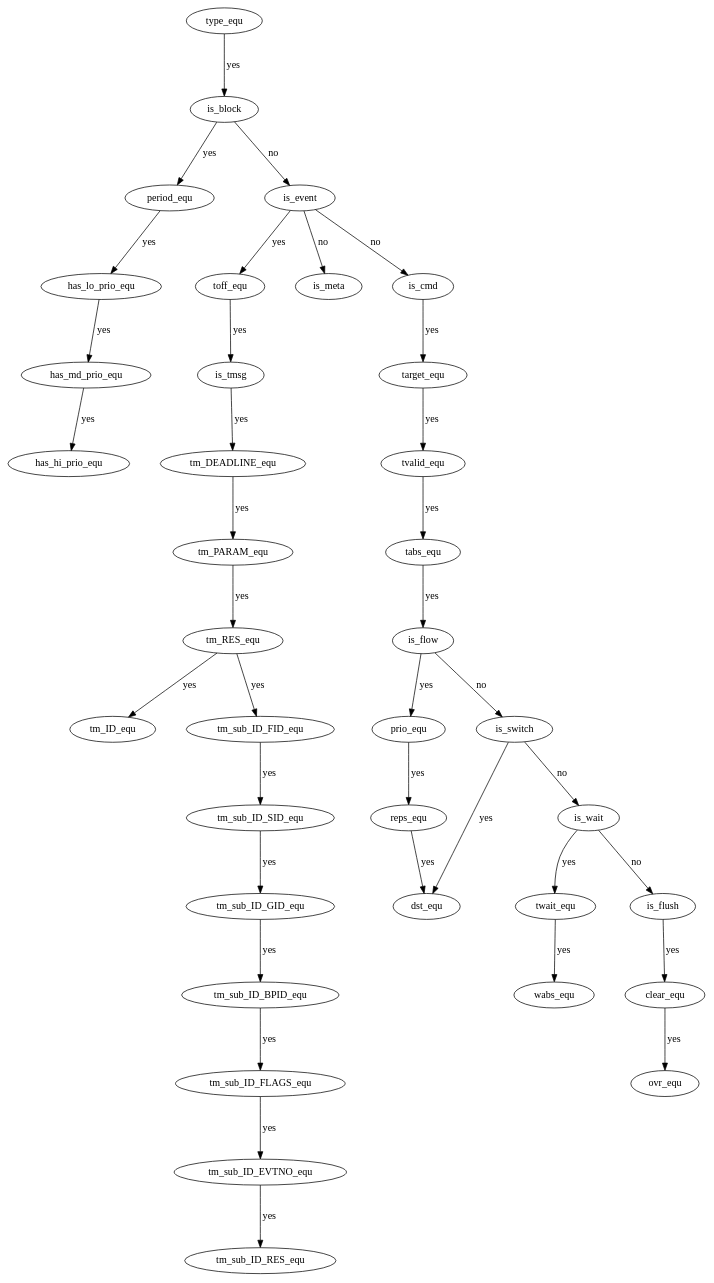
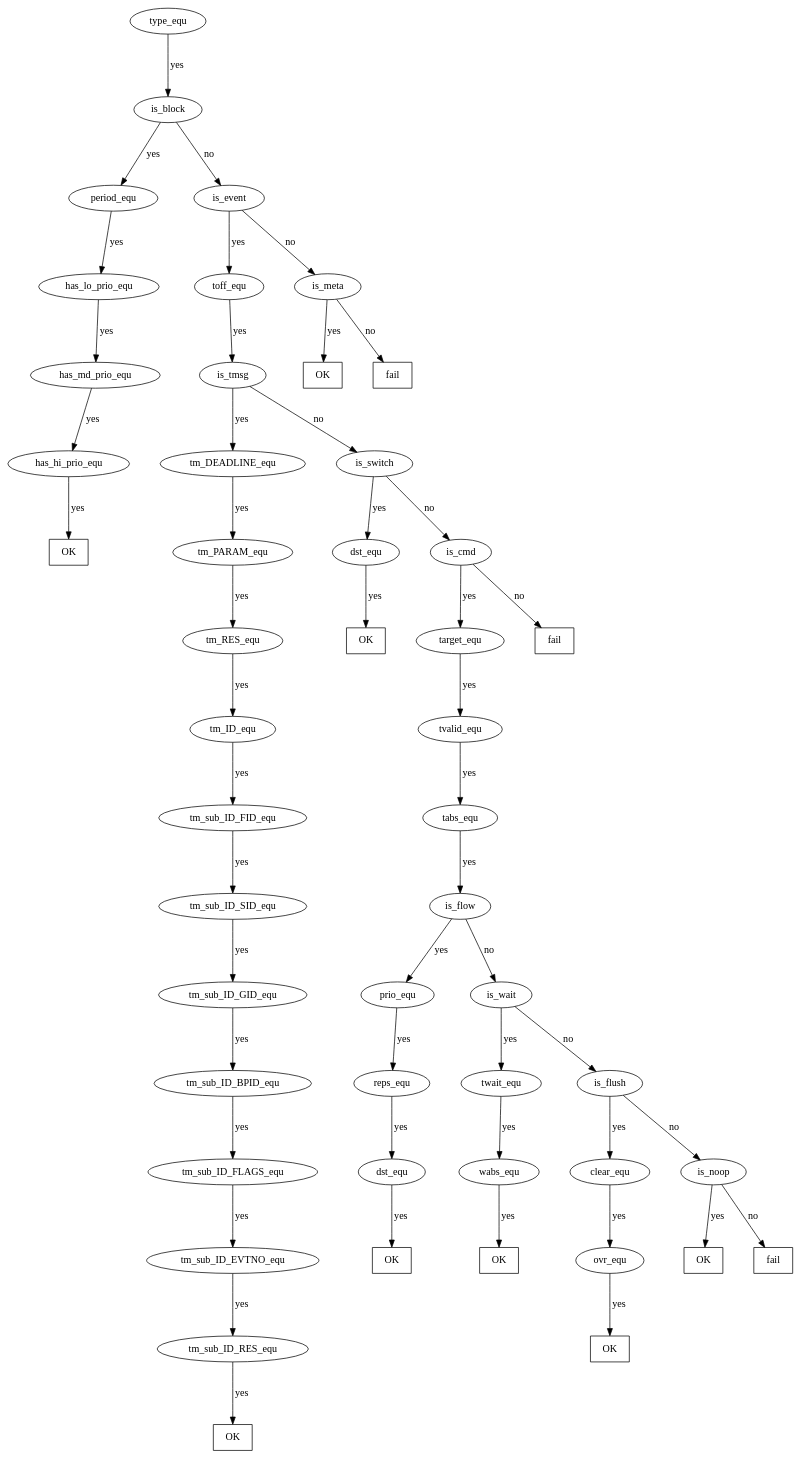
The diagram in modules/ftm/analysis/scheduleCompare/doc/attributeCompareTree.dot (GSI-CS-CO/bel_projects), drawn with Graphviz before and after one commit.

Commit message:
doc/attributeCompareTree.dot: align CompareTree (decision tree) with class hierarchy of Node and sub classes.

```diff
--- a/modules/ftm/analysis/scheduleCompare/doc/attributeCompareTree.dot
+++ b/modules/ftm/analysis/scheduleCompare/doc/attributeCompareTree.dot
@@ -1,18 +1,38 @@
 digraph G {
 name="attrib_comp_tree"
-graph [rankdir   = TB, nodesep           = 0.6, mindist     = 1.0, ranksep = 1.0, overlap = false]
-node [style     = "filled", fillcolor = "white", color = "black"]
-type_equ -> is_block -> period_equ -> has_lo_prio_equ -> has_md_prio_equ -> has_hi_prio_equ [label=yes];
-is_block -> is_event [label=no];
-is_event -> toff_equ -> is_tmsg -> tm_DEADLINE_equ -> tm_PARAM_equ -> tm_RES_equ -> tm_ID_equ [label=yes]; 
-is_event -> is_meta [label=no];
-tm_RES_equ -> tm_sub_ID_FID_equ -> tm_sub_ID_SID_equ -> tm_sub_ID_GID_equ -> tm_sub_ID_BPID_equ -> tm_sub_ID_FLAGS_equ  -> tm_sub_ID_EVTNO_equ -> tm_sub_ID_RES_equ [label=yes];
-is_event -> is_cmd [label=no];
-is_cmd -> target_equ -> tvalid_equ -> tabs_equ [label=yes];
-tabs_equ -> is_flow -> prio_equ -> reps_equ -> dst_equ [label=yes];
-is_flow -> is_switch -> is_wait [label=no];
-is_switch -> dst_equ [label=yes];
-is_wait -> twait_equ -> wabs_equ [label=yes];
-is_wait -> is_flush [label=no];
-is_flush -> clear_equ -> ovr_equ [label=yes];
+graph [rankdir=TB nodesep=0.6 mindist=1.0 ranksep=1.0 overlap=false]
+node [style=filled fillcolor=white color=black]
+dst_equ_switch [label=dst_equ]
+edge [label=yes]
+type_equ -> is_block -> period_equ -> has_lo_prio_equ -> has_md_prio_equ -> has_hi_prio_equ
+is_event -> toff_equ -> is_tmsg -> tm_DEADLINE_equ -> tm_PARAM_equ -> tm_RES_equ -> tm_ID_equ
+-> tm_sub_ID_FID_equ -> tm_sub_ID_SID_equ -> tm_sub_ID_GID_equ -> tm_sub_ID_BPID_equ -> tm_sub_ID_FLAGS_equ  -> tm_sub_ID_EVTNO_equ -> tm_sub_ID_RES_equ
+is_cmd -> target_equ -> tvalid_equ -> tabs_equ
+tabs_equ -> is_flow -> prio_equ -> reps_equ -> dst_equ
+is_switch -> dst_equ_switch
+is_wait -> twait_equ -> wabs_equ
+is_flush -> clear_equ -> ovr_equ
+edge [label=no]
+is_tmsg -> is_switch
+is_switch -> is_cmd
+is_wait -> is_flush
+is_block -> is_event
+is_event -> is_meta
+is_flow -> is_wait
+is_flush -> is_noop
+node [style=filled fillcolor=white color=black shape=rectangle label=OK]
+edge [label=yes]
+is_meta -> OK_meta
+has_hi_prio_equ -> OK_block
+tm_sub_ID_RES_equ -> OK_tmsg_sub_id
+dst_equ_switch -> OK_dst_equ_switch
+dst_equ -> OK_dst_equ
+wabs_equ -> OK_wabs_equ
+ovr_equ -> OK_ovr_equ
+is_noop -> OK_noop
+node [style=filled fillcolor=white color=black shape=rectangle label=fail]
+edge [label=no]
+is_cmd -> FAIL_cmd
+is_meta -> FAIL_meta
+is_noop -> FAIL_noop
 }
```
